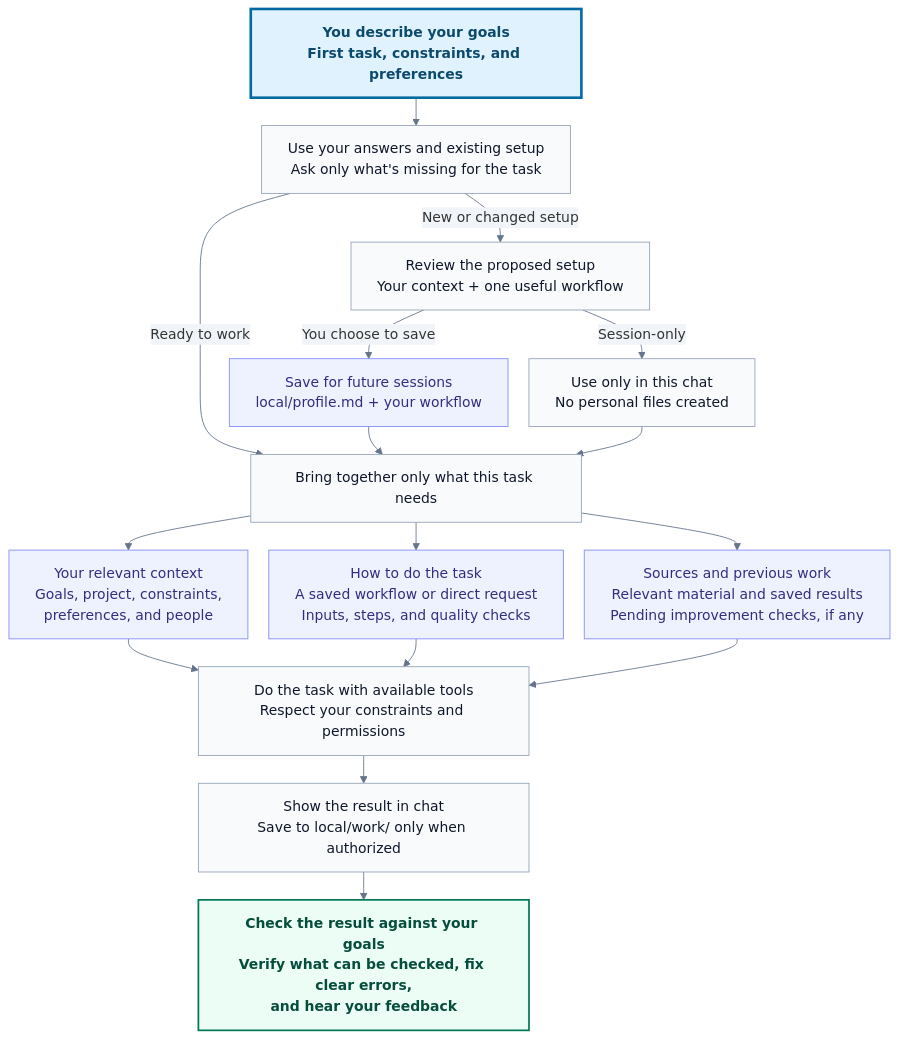
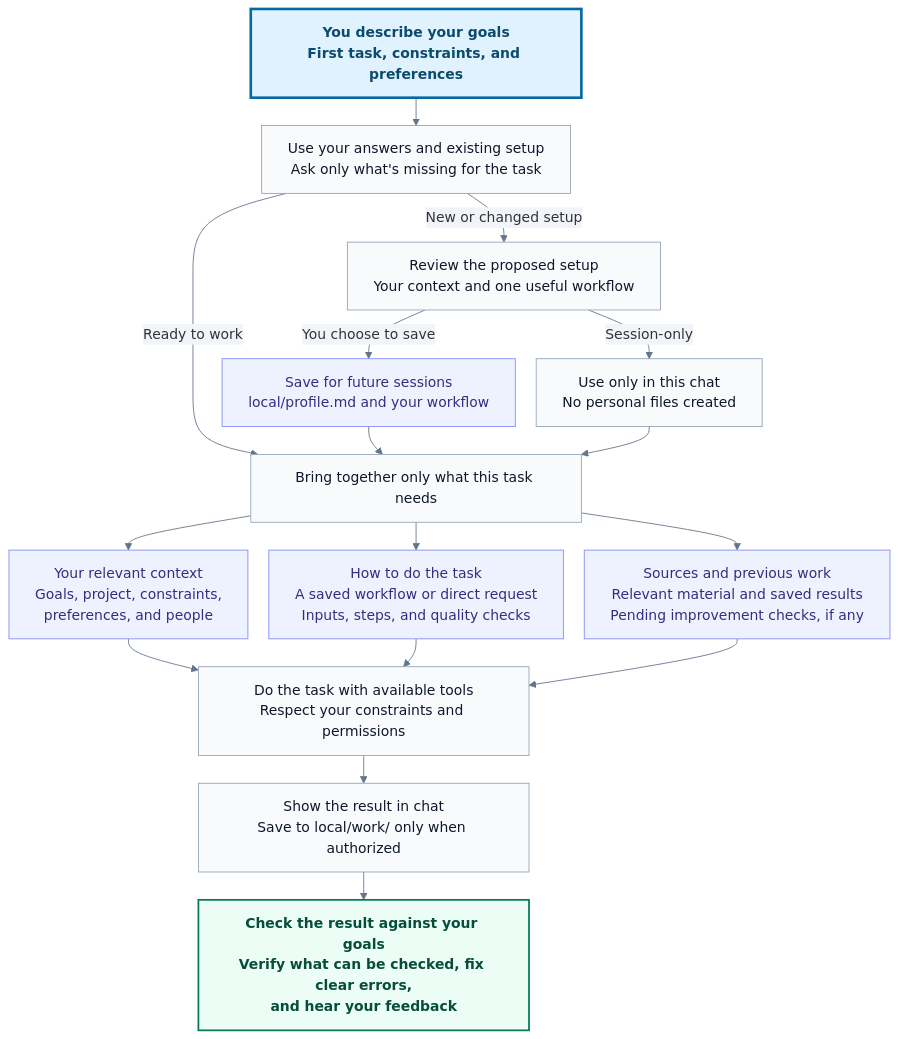
The first of 2 diagrams in README.md (williswee/agent-os), drawn with Mermaid before and after one commit. The commit also changed other lines of this file, not shown here.

````diff
--- a/README.md
+++ b/README.md
@@ -61,41 +251,41 @@
 ```mermaid
 %%{init: {"theme":"base","flowchart":{"nodeSpacing":24,"rankSpacing":32,"wrappingWidth":320},"themeVariables":{"fontSize":"16px","lineColor":"#64748b","edgeLabelBackground":"#f1f5f9"}}}%%
 flowchart TD
     GOALS["You describe your goals<br/>First task, constraints, and preferences"]
     UNDERSTAND["Use your answers and existing setup<br/>Ask only what's missing for the task"]
-    REVIEW["Review the proposed setup<br/>Your context + one useful workflow"]
-    SAVED["Save for future sessions<br/>local/profile.md + your workflow"]
+    REVIEW["Review the proposed setup<br/>Your context and one useful workflow"]
+    SAVED["Save for future sessions<br/>local/profile.md and your workflow"]
     SESSION["Use only in this chat<br/>No personal files created"]
     PREPARE["Bring together only what this task needs"]
     CONTEXT["Your relevant context<br/>Goals, project, constraints,<br/>preferences, and people"]
     METHOD["How to do the task<br/>A saved workflow or direct request<br/>Inputs, steps, and quality checks"]
     EVIDENCE["Sources and previous work<br/>Relevant material and saved results<br/>Pending improvement checks, if any"]
     TASK["Do the task with available tools<br/>Respect your constraints and permissions"]
     OUTPUT["Show the result in chat<br/>Save to local/work/ only when authorized"]
     CHECK["Check the result against your goals<br/>Verify what can be checked, fix clear errors,<br/>and hear your feedback"]
 
     GOALS --> UNDERSTAND
     UNDERSTAND -->|New or changed setup| REVIEW
     UNDERSTAND -->|Ready to work| PREPARE
     REVIEW -->|You choose to save| SAVED
     REVIEW -->|Session-only| SESSION
     SAVED --> PREPARE
     SESSION --> PREPARE
     PREPARE --> CONTEXT
     PREPARE --> METHOD
     PREPARE --> EVIDENCE
     CONTEXT --> TASK
     METHOD --> TASK
     EVIDENCE --> TASK
     TASK --> OUTPUT
     OUTPUT --> CHECK
 
     classDef entry fill:#e0f2fe,stroke:#0369a1,stroke-width:3px,color:#0c4a6e,font-weight:bold;
     classDef memory fill:#eef2ff,stroke:#818cf8,color:#312e81;
     classDef action fill:#f8fafc,stroke:#94a3b8,color:#0f172a;
     classDef outcome fill:#ecfdf5,stroke:#047857,stroke-width:2px,color:#064e3b,font-weight:bold;
     class GOALS entry;
     class SAVED,CONTEXT,METHOD,EVIDENCE memory;
     class UNDERSTAND,REVIEW,SESSION,PREPARE,TASK,OUTPUT action;
     class CHECK outcome;
 ```
````
